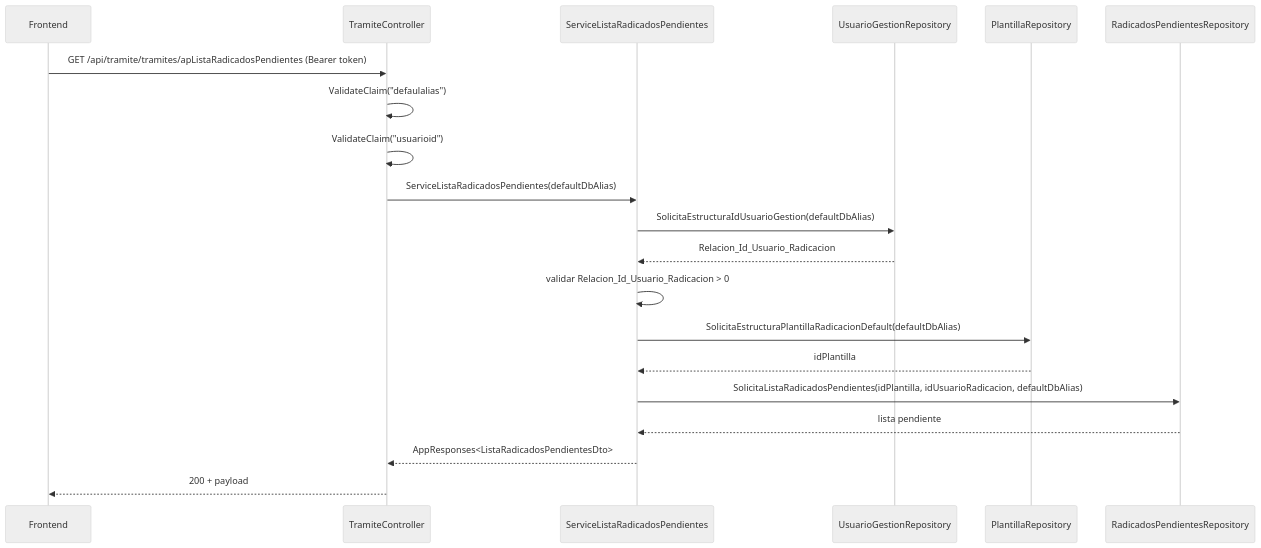
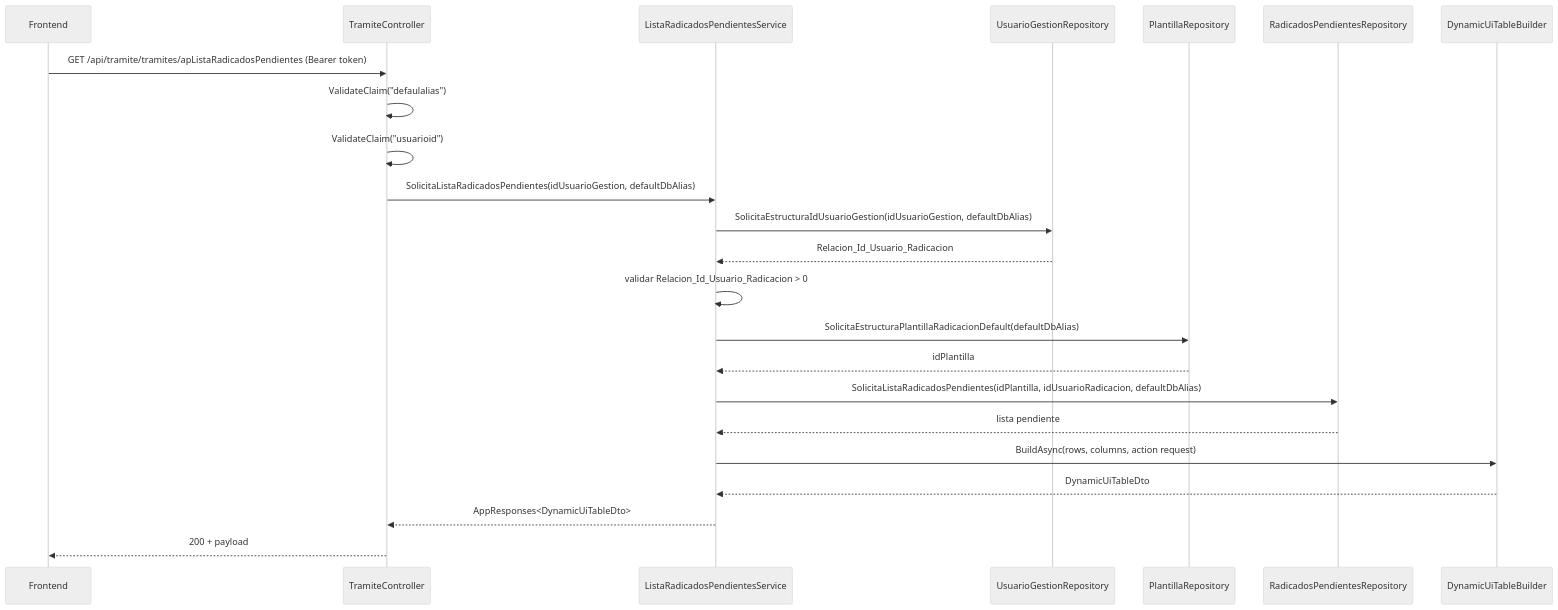
Before and after one commit to miguelurueta/DocuArchiCore: the third of 4 diagrams in Docs/Radicacion/Tramite/SCRUM-30-Diagramas.md, drawn with Mermaid (neutral theme). The commit also changed other lines of this file and 7 other files, not shown here.

Commit message:
test/docs: actualizar evidencia de radicados pendientes dynamic ui table

````diff
--- a/Docs/Radicacion/Tramite/SCRUM-30-Diagramas.md
+++ b/Docs/Radicacion/Tramite/SCRUM-30-Diagramas.md
@@ -49,23 +51,26 @@
 ```mermaid
 sequenceDiagram
     participant U as Frontend
     participant C as TramiteController
-    participant S as ServiceListaRadicadosPendientes
+    participant S as ListaRadicadosPendientesService
     participant G as UsuarioGestionRepository
     participant P as PlantillaRepository
     participant R as RadicadosPendientesRepository
+    participant B as DynamicUiTableBuilder
 
     U->>C: GET /api/tramite/tramites/apListaRadicadosPendientes (Bearer token)
     C->>C: ValidateClaim("defaulalias")
     C->>C: ValidateClaim("usuarioid")
-    C->>S: ServiceListaRadicadosPendientes(defaultDbAlias)
-    S->>G: SolicitaEstructuraIdUsuarioGestion(defaultDbAlias)
+    C->>S: SolicitaListaRadicadosPendientes(idUsuarioGestion, defaultDbAlias)
+    S->>G: SolicitaEstructuraIdUsuarioGestion(idUsuarioGestion, defaultDbAlias)
     G-->>S: Relacion_Id_Usuario_Radicacion
     S->>S: validar Relacion_Id_Usuario_Radicacion > 0
     S->>P: SolicitaEstructuraPlantillaRadicacionDefault(defaultDbAlias)
     P-->>S: idPlantilla
     S->>R: SolicitaListaRadicadosPendientes(idPlantilla, idUsuarioRadicacion, defaultDbAlias)
     R-->>S: lista pendiente
-    S-->>C: AppResponses<ListaRadicadosPendientesDto>
+    S->>B: BuildAsync(rows, columns, action request)
+    B-->>S: DynamicUiTableDto
+    S-->>C: AppResponses<DynamicUiTableDto>
     C-->>U: 200 + payload
 ```
````
